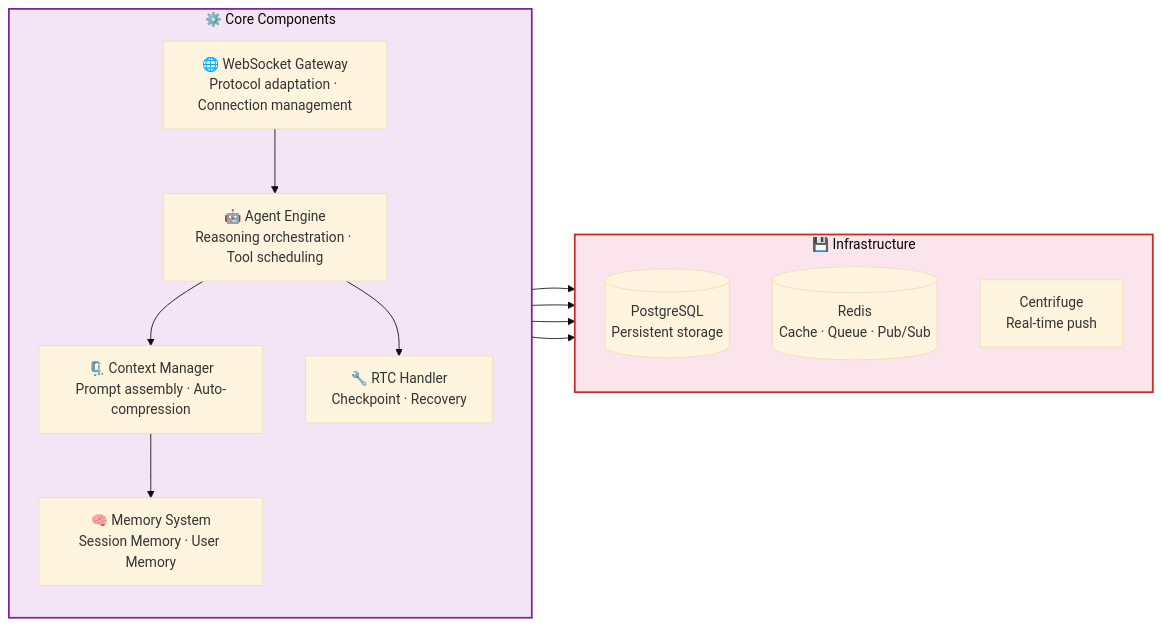
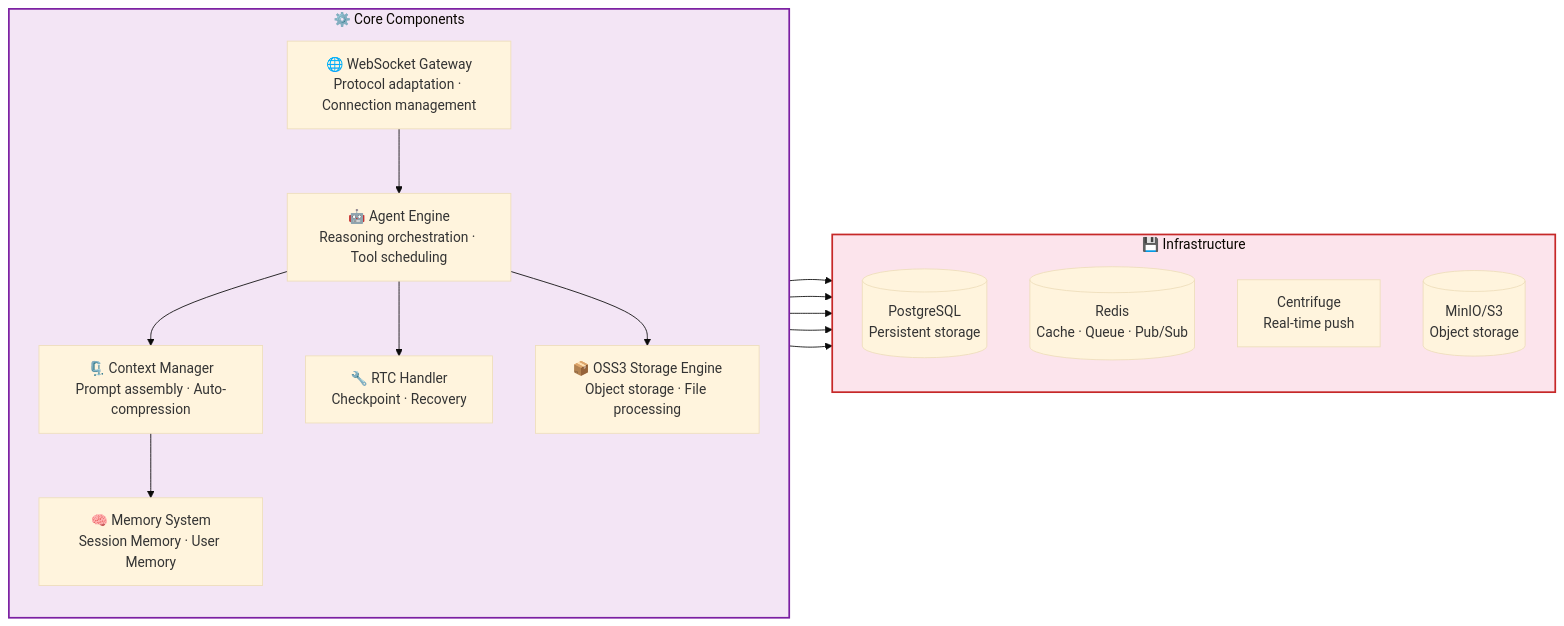
One commit to rtc-agent/docs changed the second of 14 diagrams in src/content/docs/en/architecture/backend.md. Above: the diagram before and after it, drawn with Mermaid (base theme). The commit also changed other lines of this file and 1 other file, not shown here.

First line of the commit message:
docs(architecture): add OSS3 storage layer and multimodal capabilities

````diff
--- a/src/content/docs/en/architecture/backend.md
+++ b/src/content/docs/en/architecture/backend.md
@@ -40,30 +40,34 @@
 ```mermaid
 flowchart LR
     subgraph CORE["⚙️ Core Components"]
         direction TB
         GW["🌐 WebSocket Gateway<br/>Protocol adaptation · Connection management"]
         AGENT["🤖 Agent Engine<br/>Reasoning orchestration · Tool scheduling"]
         CTX["🗜️ Context Manager<br/>Prompt assembly · Auto-compression"]
         MEM["🧠 Memory System<br/>Session Memory · User Memory"]
         RTC_P["🔧 RTC Handler<br/>Checkpoint · Recovery"]
+        OSS3["📦 OSS3 Storage Engine<br/>Object storage · File processing"]
     end
 
     subgraph INFRA["💾 Infrastructure"]
         direction TB
         PG[("PostgreSQL<br/>Persistent storage")]
         RD[("Redis<br/>Cache · Queue · Pub/Sub")]
         CF["Centrifuge<br/>Real-time push"]
+        S3[("MinIO/S3<br/>Object storage")]
     end
 
     GW --> AGENT
     AGENT --> CTX
     CTX --> MEM
     AGENT --> RTC_P
+    AGENT --> OSS3
     RTC_P --> RD
     GW --> CF
     AGENT --> PG
     CTX --> PG
+    OSS3 --> S3
 
     style CORE fill:#f3e5f5,stroke:#7b1fa2,stroke-width:2px
     style INFRA fill:#fce4ec,stroke:#c62828,stroke-width:2px
 ```
````
